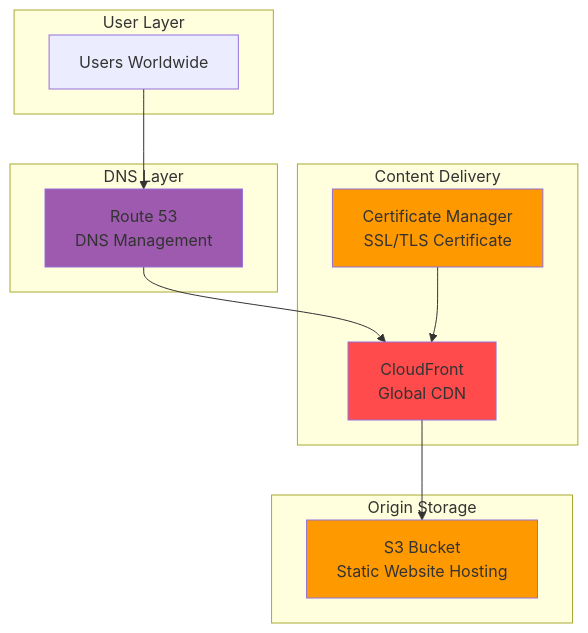
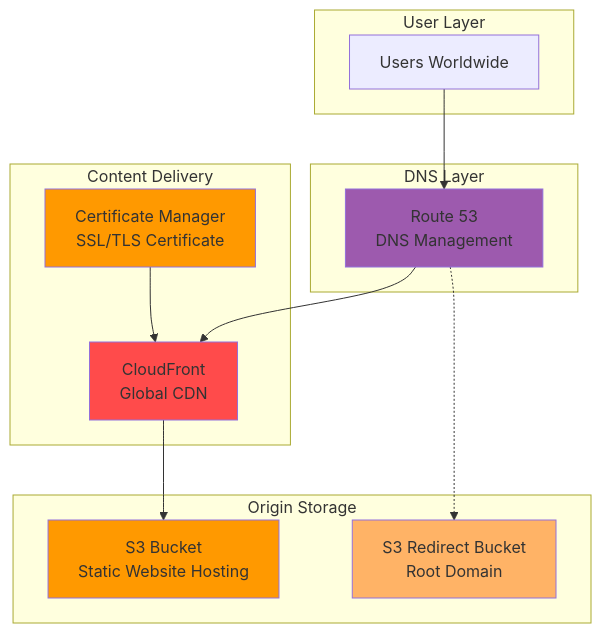
One commit to mzazon/awesome-cloud-projects changed the diagram in aws/hosting-websites-s3-cloudfront/hosting-websites-s3-cloudfront.md. Above: the diagram before and after it, drawn with Mermaid. The commit also changed other lines of this file and 5581 other files, not shown here.

````diff
--- a/aws/hosting-websites-s3-cloudfront/hosting-websites-s3-cloudfront.md
+++ b/aws/hosting-websites-s3-cloudfront/hosting-websites-s3-cloudfront.md
@@ -31,29 +30,32 @@
 ```mermaid
 graph TB
     subgraph "User Layer"
         USER[Users Worldwide]
     end
     
     subgraph "DNS Layer"
         R53[Route 53<br/>DNS Management]
     end
     
     subgraph "Content Delivery"
         CF[CloudFront<br/>Global CDN]
         ACM[Certificate Manager<br/>SSL/TLS Certificate]
     end
     
     subgraph "Origin Storage"
         S3[S3 Bucket<br/>Static Website Hosting]
+        S3R[S3 Redirect Bucket<br/>Root Domain]
     end
     
     USER-->R53
     R53-->CF
     CF-->S3
     ACM-->CF
+    R53-.->S3R
     
     style S3 fill:#FF9900
     style CF fill:#FF4B4B
     style R53 fill:#9D5AAE
     style ACM fill:#FF9900
+    style S3R fill:#FFB366
 ```
````
